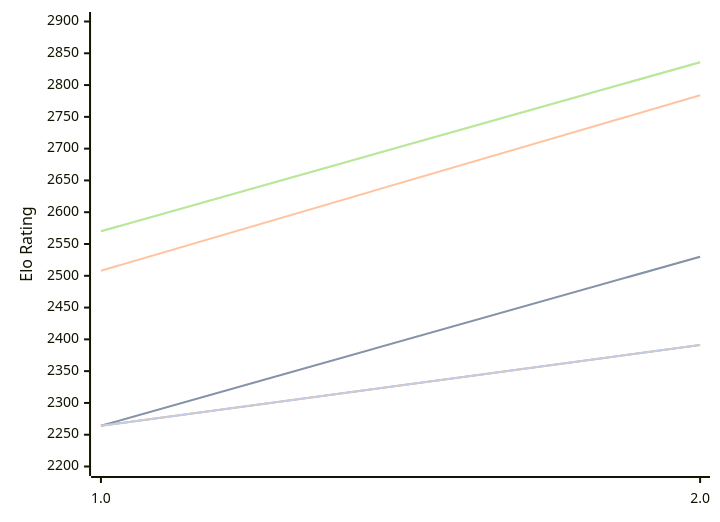
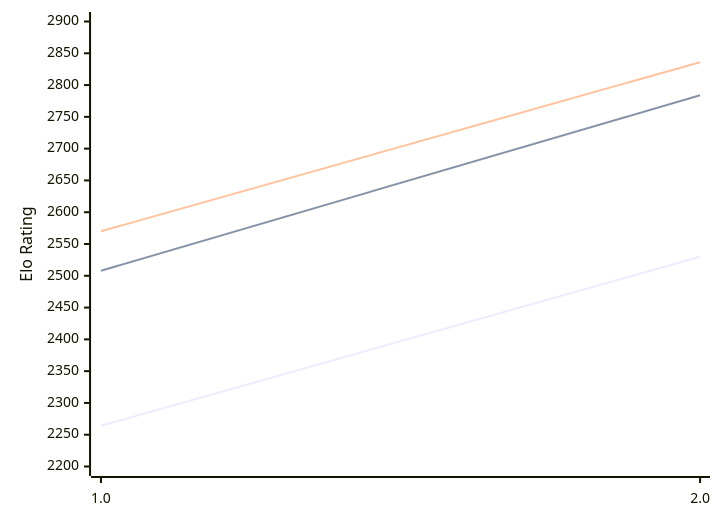
The diagram in engines/Revolver.md (computer-chess-index/cci), drawn with Mermaid before and after one commit. The commit also changed other lines of this file, not shown here.

````diff
--- a/engines/Revolver.md
+++ b/engines/Revolver.md
@@ -48,13 +48,9 @@
 ```mermaid
 %%{init: {"theme":"base","themeVariables":{"seriesColors:['#a3a3a3','#222221','#faa371']}}}%%
 xychart-beta
   x-axis ["1.0", "2.0"]
   y-axis "Elo Rating" 2200 --> 2900
-  line "" [2264, 2530]
   line "T1: STC (8.0+0.08s)" [2264, 2530]
   line "T1: LTC (60.0+0.60s)" [2508, 2784]
-  line "" [2570, 2836]
   line "T1: VLTC (2m24s+1.12s)" [2570, 2836]
-  line "" [2264,2391]
-  line "E1: STC (8.0+0.08s)" [2264,2391]
 ```
````
